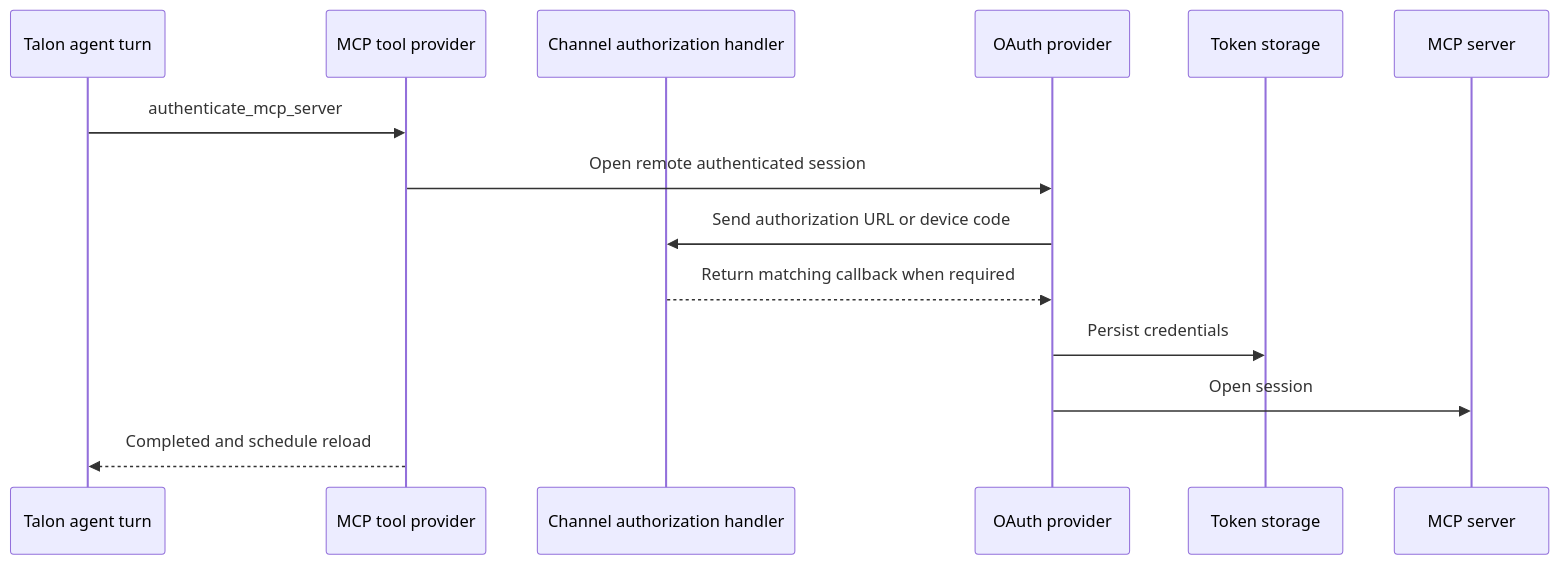
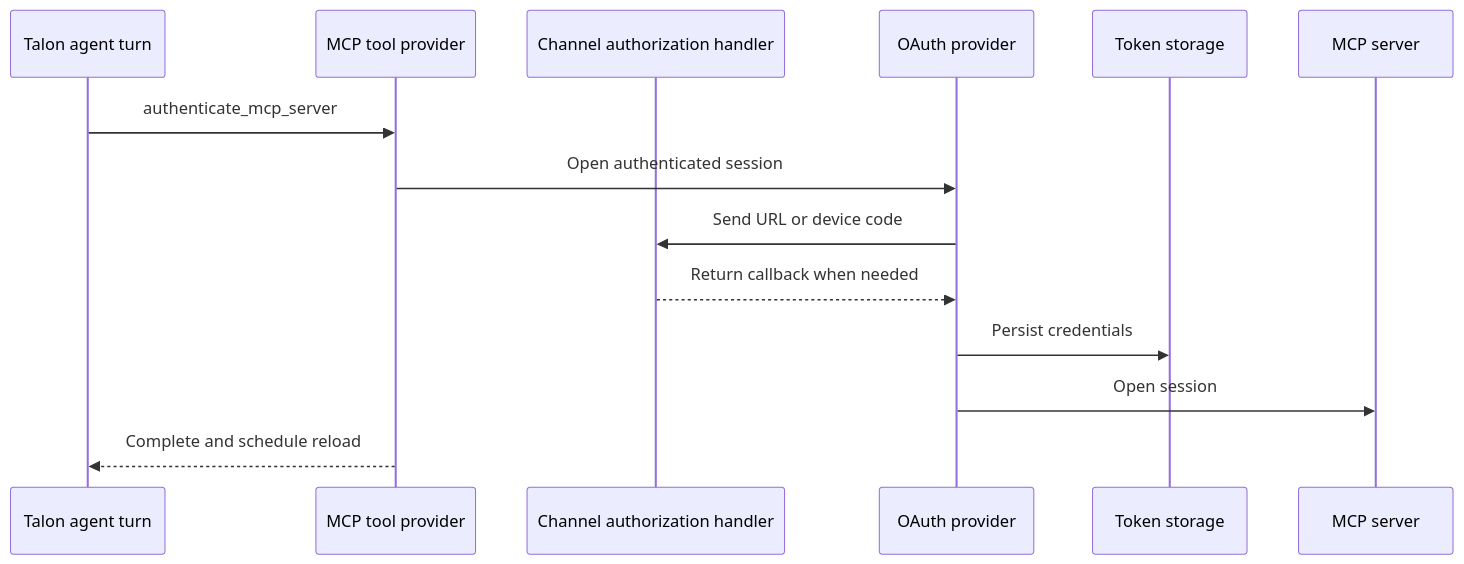
The second of 2 diagrams in openwiki/integrations/mcp.md (langchain-ai/deepagents), drawn with Mermaid before and after one commit. The commit also changed other lines of this file and 35 other files, not shown here.

````diff
--- a/openwiki/integrations/mcp.md
+++ b/openwiki/integrations/mcp.md
@@ -141,17 +111,17 @@
 ```mermaid
 sequenceDiagram
     participant Agent as Talon agent turn
     participant Provider as MCP tool provider
     participant Channel as Channel authorization handler
     participant OAuth as OAuth provider
     participant Store as Token storage
     participant Remote as MCP server
 
     Agent->>Provider: authenticate_mcp_server
-    Provider->>OAuth: Open remote authenticated session
-    OAuth->>Channel: Send authorization URL or device code
-    Channel-->>OAuth: Return matching callback when required
+    Provider->>OAuth: Open authenticated session
+    OAuth->>Channel: Send URL or device code
+    Channel-->>OAuth: Return callback when needed
     OAuth->>Store: Persist credentials
     OAuth->>Remote: Open session
-    Provider-->>Agent: Completed and schedule reload
+    Provider-->>Agent: Complete and schedule reload
 ```
````
